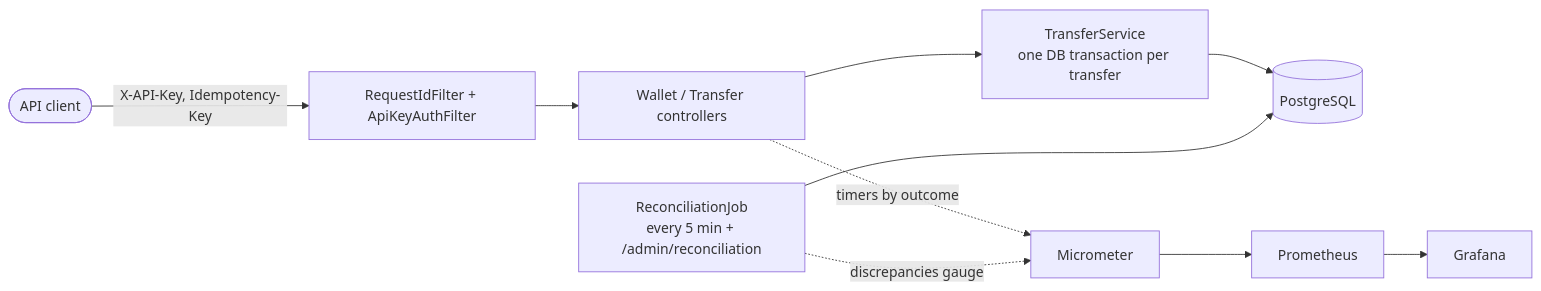
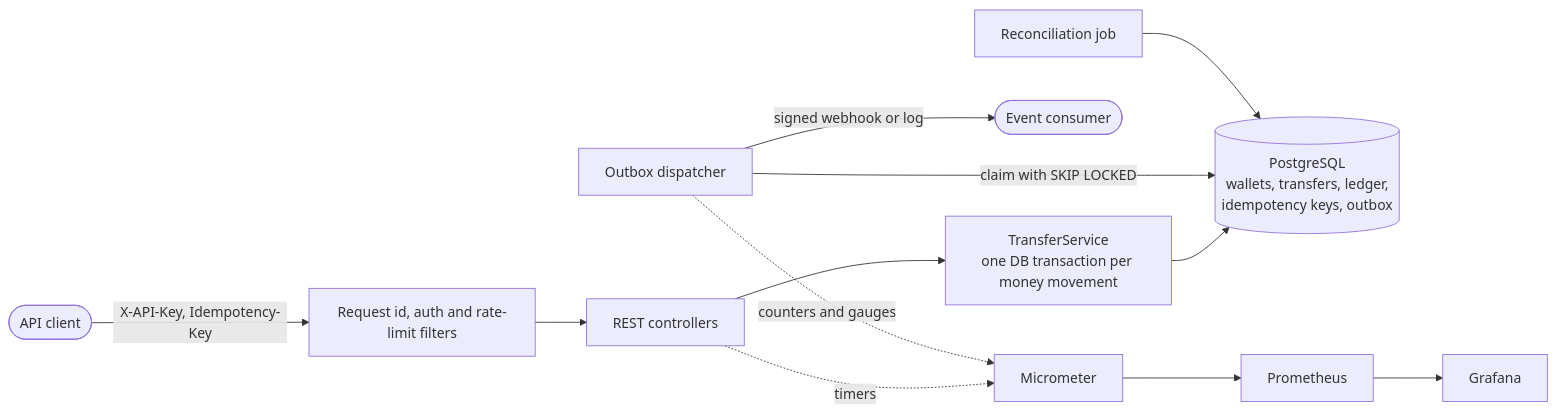
One commit to aadamaftabpersonal-boop/LedgerX changed the first of 4 diagrams in docs/ARCHITECTURE.md. Above: the diagram before and after it, drawn with Mermaid. The commit also changed other lines of this file and 3 other files, not shown here.

Commit message:
docs: reversals, events, key rotation, rate limiting, architecture and benchmark notes

````diff
--- a/docs/ARCHITECTURE.md
+++ b/docs/ARCHITECTURE.md
@@ -5,11 +5,12 @@
 ```mermaid
 flowchart LR
-    Client([API client]) -->|X-API-Key, Idempotency-Key| Filters[RequestIdFilter + ApiKeyAuthFilter]
-    Filters --> Controllers[Wallet / Transfer controllers]
-    Controllers --> Service[TransferService<br/>one DB transaction per transfer]
-    Service --> PG[(PostgreSQL)]
-    Recon[ReconciliationJob<br/>every 5 min + /admin/reconciliation] --> PG
-    Controllers -. timers by outcome .-> Metrics[Micrometer]
-    Recon -. discrepancies gauge .-> Metrics
-    Metrics --> Prom[Prometheus] --> Grafana
+    Client([API client]) -->|X-API-Key, Idempotency-Key| Filters[Request id, auth and rate-limit filters]
+    Filters --> Controllers[REST controllers]
+    Controllers --> Service[TransferService<br/>one DB transaction per money movement]
+    Service --> PG[(PostgreSQL<br/>wallets, transfers, ledger,<br/>idempotency keys, outbox)]
+    Dispatcher[Outbox dispatcher] -->|claim with SKIP LOCKED| PG
+    Dispatcher -->|signed webhook or log| Consumer([Event consumer])
+    Recon[Reconciliation job] --> PG
+    Controllers -. timers .-> Metrics[Micrometer] --> Prom[Prometheus] --> Grafana
+    Dispatcher -. counters and gauges .-> Metrics
 ```
````
